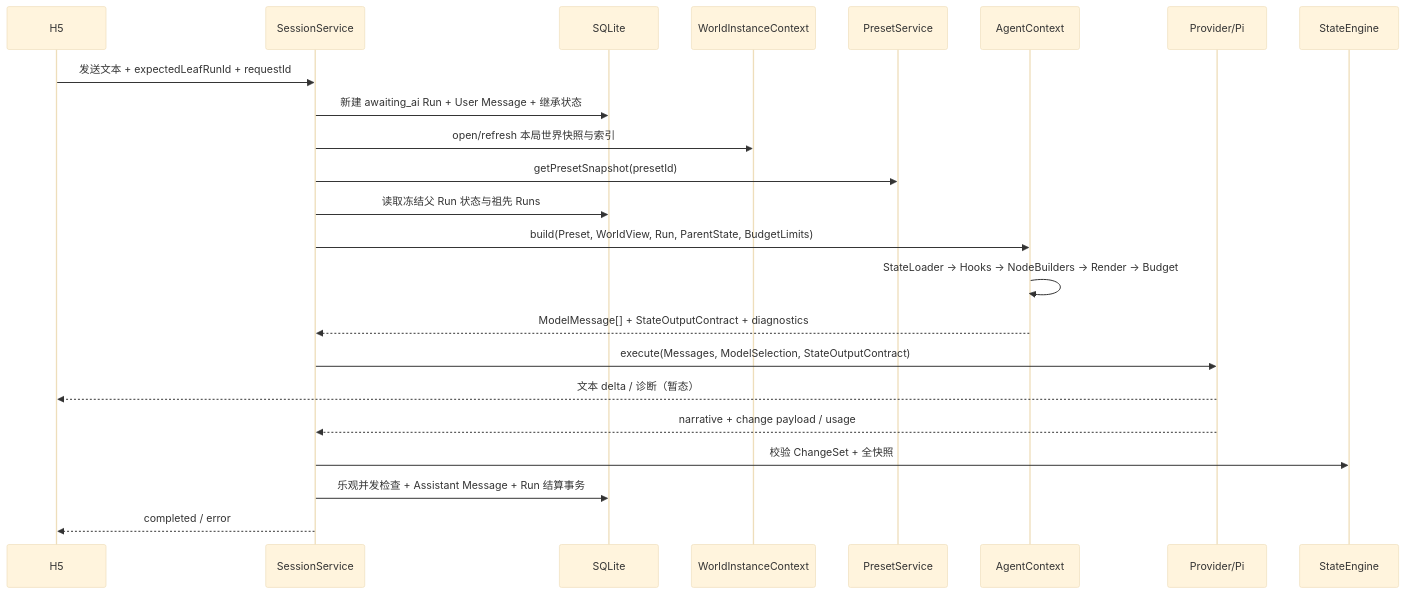
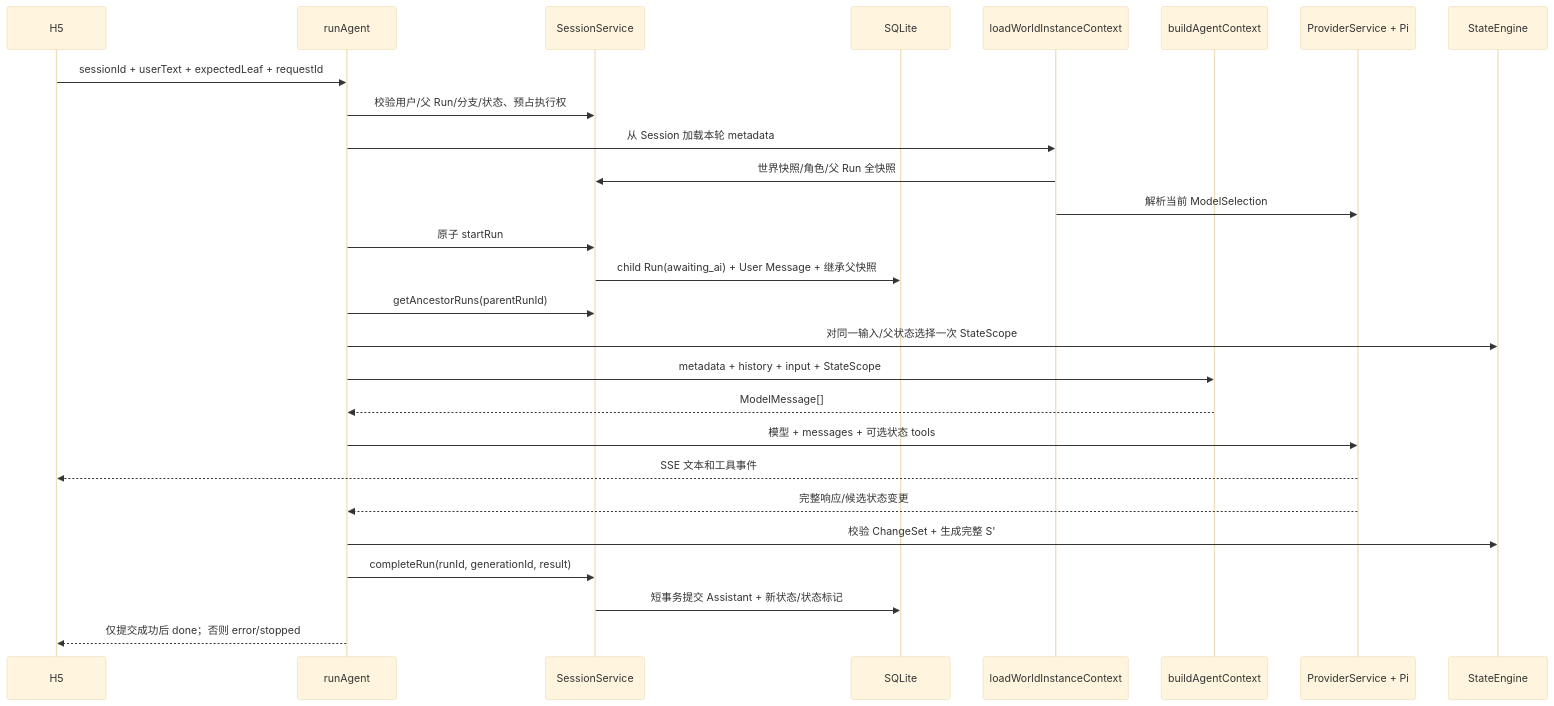
The second of 2 diagrams in docs/technical/architecture.md (huiru-wang/SillyRealms), drawn with Mermaid (base theme) before and after one commit. The commit also changed other lines of this file and 12 other files, not shown here.

Commit message:
docs: 简化 Agent 上下文与 Provider 模型服务设计

```diff
--- a/docs/technical/architecture.md
+++ b/docs/technical/architecture.md
@@ -42,25 +89,29 @@
 ~~~mermaid
 sequenceDiagram
  participant UI as H5
+ participant A as runAgent
  participant S as SessionService
  participant DB as SQLite
- participant W as WorldInstanceContext
- participant P as PresetService
- participant C as AgentContext
- participant M as Provider/Pi
- participant E as StateEngine
- UI->>S: 发送文本 + expectedLeafRunId + requestId
- S->>DB: 新建 awaiting_ai Run + User Message + 继承状态
- S->>W: open/refresh 本局世界快照与索引
- S->>P: getPresetSnapshot(presetId)
- S->>DB: 读取冻结父 Run 状态与祖先 Runs
- S->>C: build(Preset, WorldView, Run, ParentState, BudgetLimits)
- C->>C: StateLoader -> Hooks -> NodeBuilders -> Render -> Budget
- C-->>S: ModelMessage[] + StateOutputContract + diagnostics
- S->>M: execute(Messages, ModelSelection, StateOutputContract)
- M-->>UI: 文本 delta / 诊断（暂态）
- M-->>S: narrative + change payload / usage
- S->>E: 校验 ChangeSet + 全快照
- S->>DB: 乐观并发检查 + Assistant Message + Run 结算事务
- S-->>UI: completed / error
+ participant W as loadWorldInstanceContext
+ participant C as buildAgentContext
+ participant P as ProviderService + Pi
+ participant T as StateEngine
+ UI->>A: sessionId + userText + expectedLeaf + requestId
+ A->>S: 校验用户/父 Run/分支/状态、预占执行权
+ A->>W: 从 Session 加载本轮 metadata
+ W->>S: 世界快照/角色/父 Run 全快照
+ W->>P: 解析当前 ModelSelection
+ A->>S: 原子 startRun
+ S->>DB: child Run(awaiting_ai) + User Message + 继承父快照
+ A->>S: getAncestorRuns(parentRunId)
+ A->>T: 对同一输入/父状态选择一次 StateScope
+ A->>C: metadata + history + input + StateScope
+ C-->>A: ModelMessage[]
+ A->>P: 模型 + messages + 可选状态 tools
+ P-->>UI: SSE 文本和工具事件
+ P-->>A: 完整响应/候选状态变更
+ A->>T: 校验 ChangeSet + 生成完整 S'
+ A->>S: completeRun(runId, generationId, result)
+ S->>DB: 短事务提交 Assistant + 新状态/状态标记
+ A-->>UI: 仅提交成功后 done；否则 error/stopped
 ~~~
```
